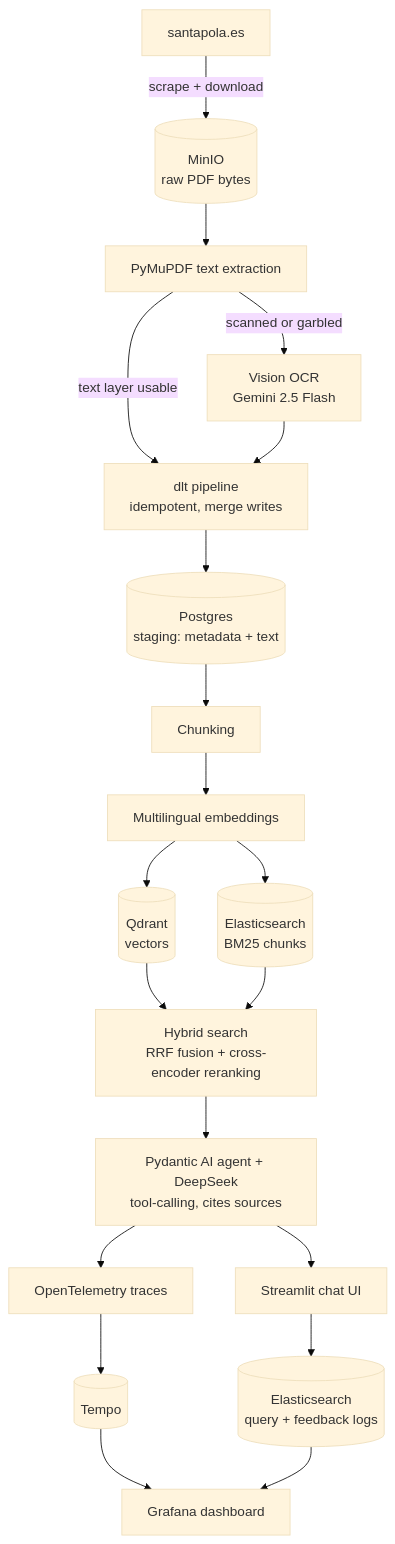
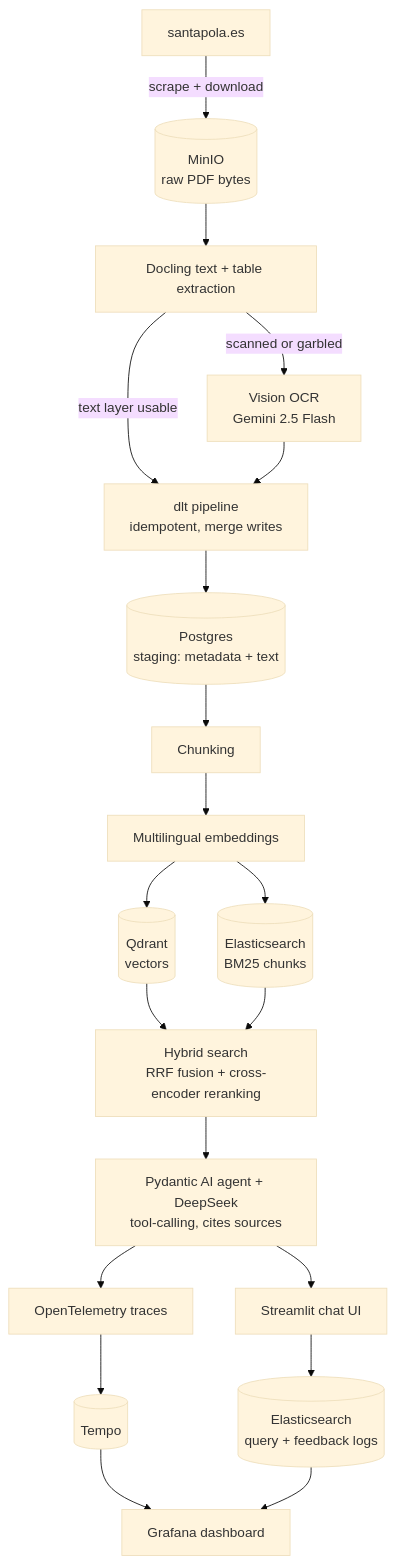
Before and after one commit to pavel-kalmykov/santa-pola-normativa-assistant: the diagram in README.md, drawn with Mermaid (base theme). The commit also changed other lines of this file and 3 other files, not shown here.

First line of the commit message:
docs: re-run evaluation against the Docling extraction pipeline

````diff
--- a/README.md
+++ b/README.md
@@ -35,22 +35,22 @@
 ```mermaid
 flowchart TD
     A[santapola.es] -->|scrape + download| B[("MinIO<br/>raw PDF bytes")]
-    B --> C[PyMuPDF text extraction]
+    B --> C[Docling text + table extraction]
     C -->|text layer usable| F
     C -->|scanned or garbled| D["Vision OCR<br/>Gemini 2.5 Flash"]
     D --> F[dlt pipeline<br/>idempotent, merge writes]
     F --> G[("Postgres<br/>staging: metadata + text")]
     G --> H[Chunking]
     H --> I[Multilingual embeddings]
     I --> J[("Qdrant<br/>vectors")]
     I --> K[("Elasticsearch<br/>BM25 chunks")]
     J --> L["Hybrid search<br/>RRF fusion + cross-encoder reranking"]
     K --> L
     L --> M["Pydantic AI agent + DeepSeek<br/>tool-calling, cites sources"]
     M --> N[Streamlit chat UI]
     M --> O["OpenTelemetry traces"]
     O --> P[("Tempo")]
     N --> Q[("Elasticsearch<br/>query + feedback logs")]
     P --> R[Grafana dashboard]
     Q --> R
 ```
````
